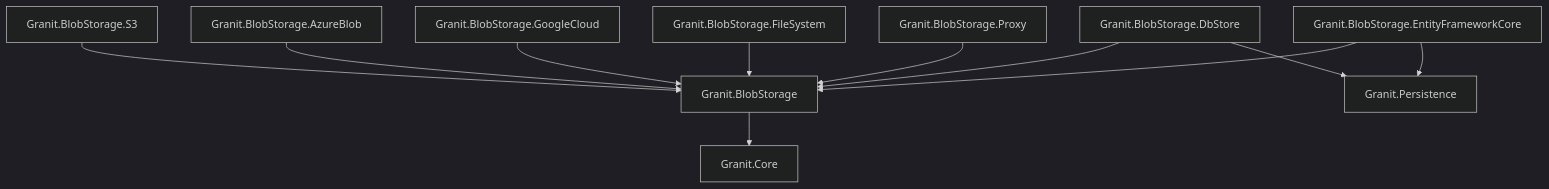
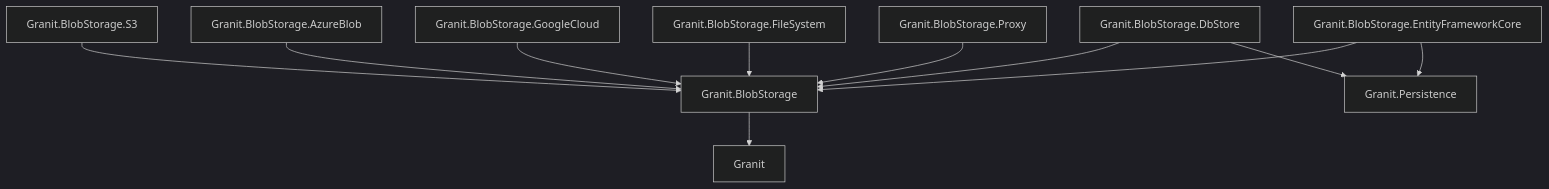
Before and after one commit to granit-fx/granit-dotnet: the first of 4 diagrams in docs-site/src/content/docs/dotnet/data/blob-storage.mdx, drawn with Mermaid (dark theme). The commit also changed other lines of this file and 153 other files, not shown here.

````diff
--- a/docs-site/src/content/docs/dotnet/data/blob-storage.mdx
+++ b/docs-site/src/content/docs/dotnet/data/blob-storage.mdx
@@ -79,13 +79,13 @@
 ```mermaid
 graph TD
-    BS[Granit.BlobStorage] --> CO[Granit.Core]
+    BS[Granit.BlobStorage] --> CO[Granit]
     S3[Granit.BlobStorage.S3] --> BS
     AZ[Granit.BlobStorage.AzureBlob] --> BS
     GC[Granit.BlobStorage.GoogleCloud] --> BS
     FS[Granit.BlobStorage.FileSystem] --> BS
     DB[Granit.BlobStorage.DbStore] --> BS
     DB --> P[Granit.Persistence]
     PX[Granit.BlobStorage.Proxy] --> BS
     EF[Granit.BlobStorage.EntityFrameworkCore] --> BS
     EF --> P
 ```
````
